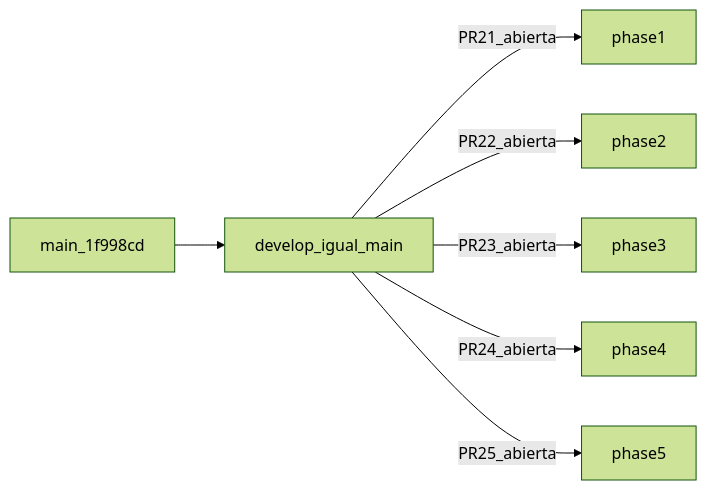
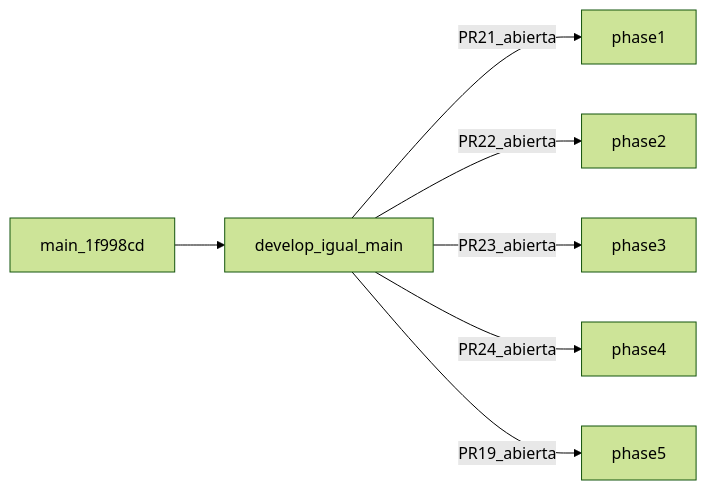
Before and after one commit to dagemov/DofusLegacy2.3.7: the diagram in docs/effects-integration-phase5/README.md, drawn with Mermaid (forest theme). The commit also changed other lines of this file and 2 other files, not shown here.

Commit message:
docs: PR #19 reabierta - no cerrar PRs del pipeline en develop

````diff
--- a/docs/effects-integration-phase5/README.md
+++ b/docs/effects-integration-phase5/README.md
@@ -43,11 +44,11 @@
 ```mermaid
 flowchart LR
   main[main_1f998cd]
   develop[develop_igual_main]
   main --> develop
   develop -->|PR21_abierta| f1[phase1]
   develop -->|PR22_abierta| f2[phase2]
   develop -->|PR23_abierta| f3[phase3]
   develop -->|PR24_abierta| f4[phase4]
-  develop -->|PR25_abierta| f5[phase5]
+  develop -->|PR19_abierta| f5[phase5]
 ```
````
